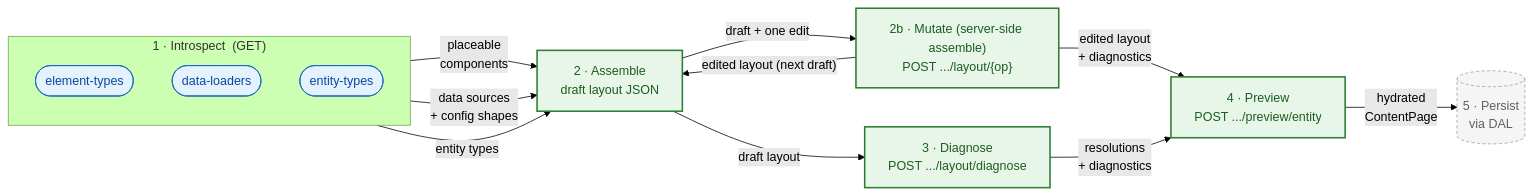
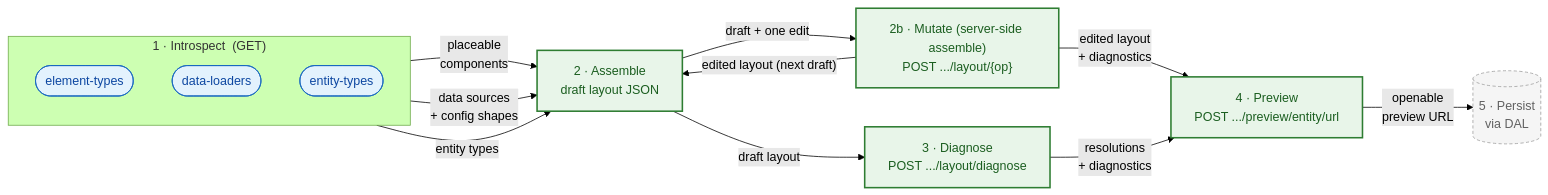
Before and after one commit to contena-cms/core: the diagram in Framework/ContentSystem/Api/docs/workflow.md, drawn with Mermaid (forest theme). The commit also changed other lines of this file and 392 other files, not shown here.

````diff
--- a/Framework/ContentSystem/Api/docs/workflow.md
+++ b/Framework/ContentSystem/Api/docs/workflow.md
@@ -5,32 +5,32 @@
 ```mermaid
 graph LR
     subgraph INTRO["1 · Introspect &nbsp;(GET)"]
         direction TB
         E1(["element-types"])
         E2(["data-loaders"])
         E3(["entity-types"])
     end
 
     A["2 · Assemble<br/>draft layout JSON"]
     M["2b · Mutate (server-side assemble)<br/>POST .../layout/{op}"]
     D["3 · Diagnose<br/>POST .../layout/diagnose"]
-    P["4 · Preview<br/>POST .../preview/entity"]
+    P["4 · Preview<br/>POST .../preview/entity/url"]
     R[("5 · Persist<br/>via DAL")]
 
     E1 -- "placeable<br/>components" --> A
     E2 -- "data sources<br/>+ config shapes" --> A
     E3 -- "entity types" --> A
     A -- "draft layout" --> D
     A -- "draft + one edit" --> M
     M -- "edited layout (next draft)" --> A
     M -- "edited layout<br/>+ diagnostics" --> P
     D -- "resolutions<br/>+ diagnostics" --> P
-    P -- "hydrated<br/>ContentPage" --> R
+    P -- "openable<br/>preview URL" --> R
 
     classDef api fill:#e3f2fd,stroke:#1565c0,stroke-width:1px,color:#0d47a1
     classDef step fill:#e8f5e9,stroke:#2e7d32,stroke-width:2px,color:#1b5e20
     classDef oos fill:#f5f5f5,stroke:#9e9e9e,stroke-width:1px,stroke-dasharray:4 3,color:#616161
     class E1,E2,E3 api
     class A,M,D,P step
     class R oos
 ```
````
